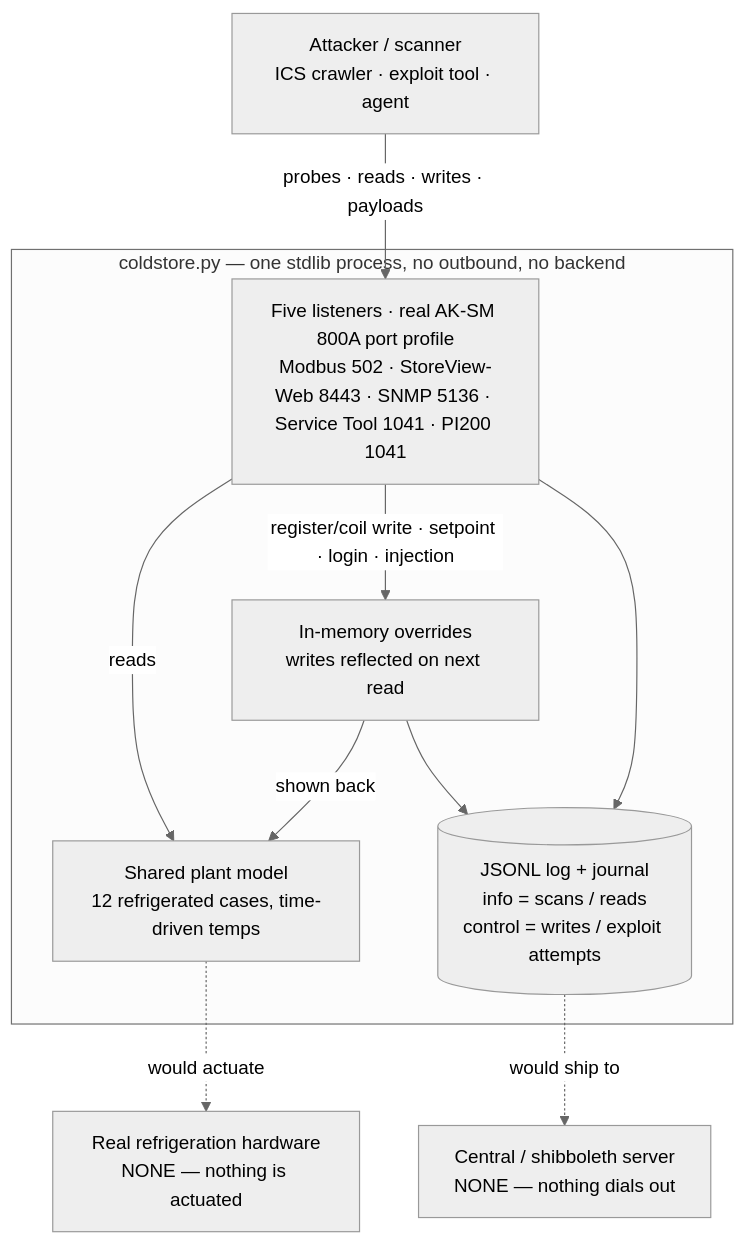
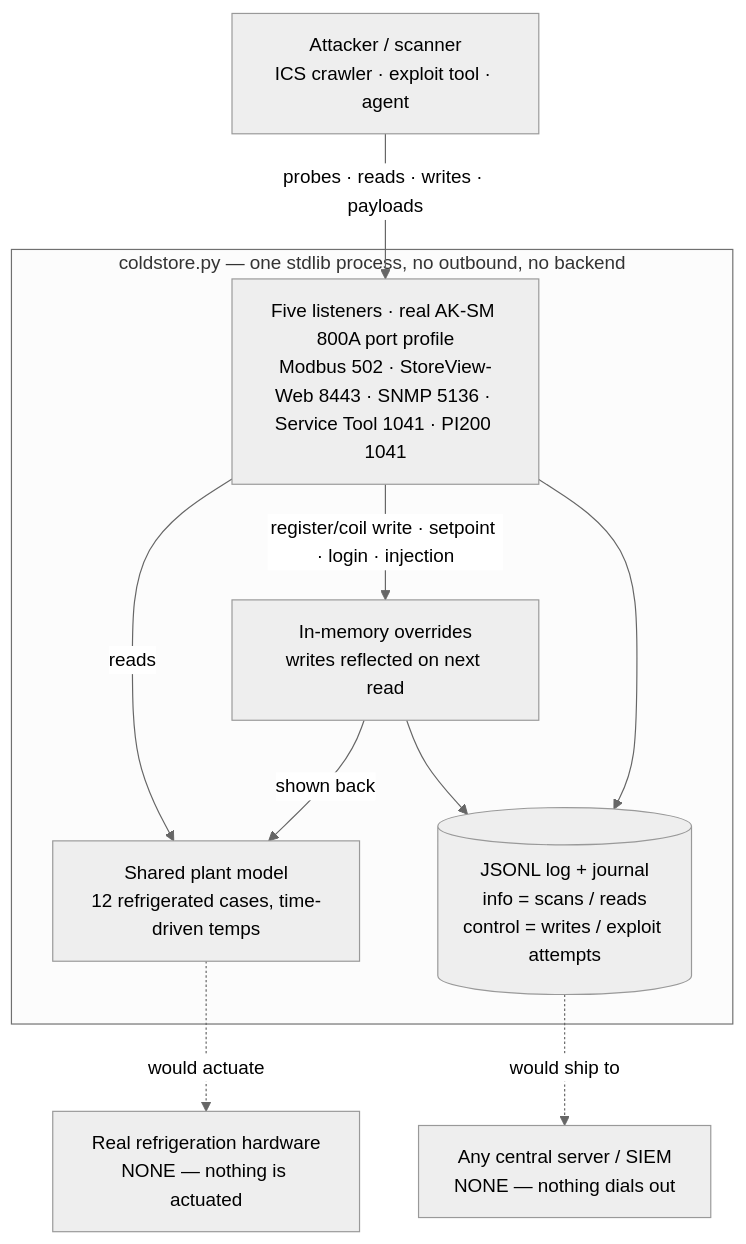
The diagram in README.md (eppser/danfoss-ak-sm-decoy), drawn with Mermaid (neutral theme) before and after one commit. The commit also changed other lines of this file and 2 other files, not shown here.

````diff
--- a/README.md
+++ b/README.md
@@ -32,20 +32,20 @@
 ```mermaid
 flowchart TB
     A["Attacker / scanner<br/>ICS crawler · exploit tool · agent"]
     A -->|probes · reads · writes · payloads| LIS
 
     subgraph PROC["coldstore.py — one stdlib process, no outbound, no backend"]
       LIS["Five listeners · real AK-SM 800A port profile<br/>Modbus 502 · StoreView-Web 8443 · SNMP 5136 · Service Tool 1041 · PI200 1041"]
       MODEL["Shared plant model<br/>12 refrigerated cases, time-driven temps"]
       OVR["In-memory overrides<br/>writes reflected on next read"]
       LOG[("JSONL log + journal<br/>info = scans / reads<br/>control = writes / exploit attempts")]
       LIS -->|reads| MODEL
       LIS -->|register/coil write · setpoint · login · injection| OVR
       OVR -->|shown back| MODEL
       LIS --> LOG
       OVR --> LOG
     end
 
     MODEL -. would actuate .-> REAL["Real refrigeration hardware<br/>NONE — nothing is actuated"]
-    LOG -. would ship to .-> BE["Central / shibboleth server<br/>NONE — nothing dials out"]
+    LOG -. would ship to .-> BE["Any central server / SIEM<br/>NONE — nothing dials out"]
 ```
````
